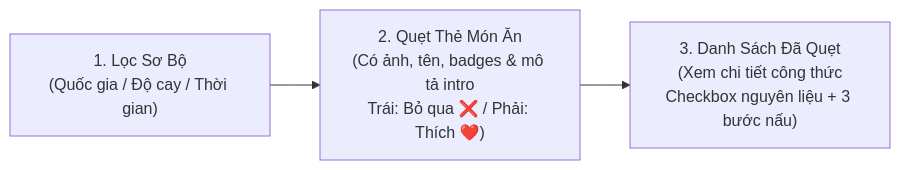
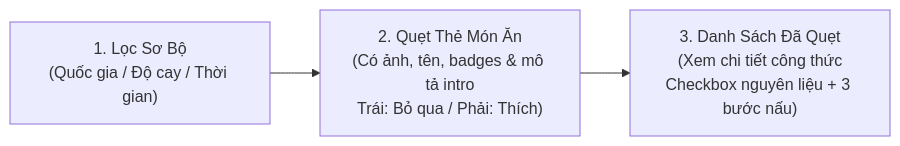
One commit to snowwminhduc1212/YumYumPick changed the diagram in docs/08_CORE_FEATURES_SPEC.md. Above: the diagram before and after it, drawn with Mermaid. The commit also changed other lines of this file and 11 other files, not shown here.

````diff
--- a/docs/08_CORE_FEATURES_SPEC.md
+++ b/docs/08_CORE_FEATURES_SPEC.md
@@ -13,5 +13,5 @@
 ```mermaid
 flowchart LR
-    A["1. Lọc Sơ Bộ\n(Quốc gia / Độ cay / Thời gian)"] --> B["2. Quẹt Thẻ Món Ăn\n(Có ảnh, tên, badges & mô tả intro\nTrái: Bỏ qua ❌ / Phải: Thích ❤️)"]
+    A["1. Lọc Sơ Bộ\n(Quốc gia / Độ cay / Thời gian)"] --> B["2. Quẹt Thẻ Món Ăn\n(Có ảnh, tên, badges & mô tả intro\nTrái: Bỏ qua / Phải: Thích)"]
     B --> C["3. Danh Sách Đã Quẹt\n(Xem chi tiết công thức\nCheckbox nguyên liệu + 3 bước nấu)"]
 ```
````
